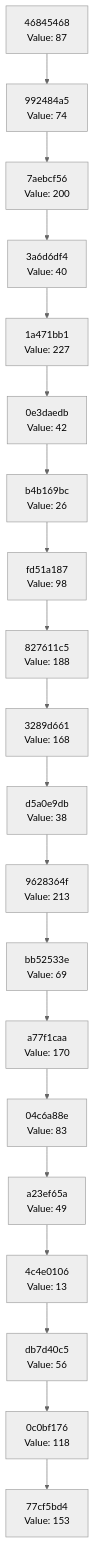
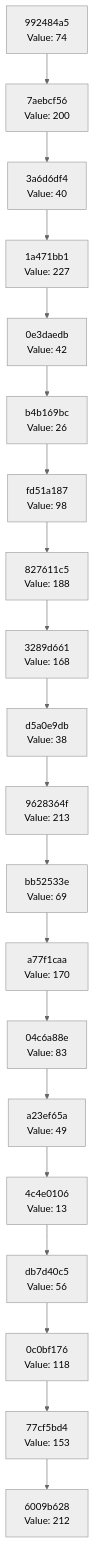
One commit to Abhisheksinha1506/hash-chain-evolver changed the diagram in docs/CHAIN_VISUALIZATION.md. Above: the diagram before and after it, drawn with Mermaid (neutral theme). The commit also changed 3 other files, not shown here.

````diff
--- a/docs/CHAIN_VISUALIZATION.md
+++ b/docs/CHAIN_VISUALIZATION.md
@@ -3,42 +3,42 @@
 ```mermaid
 graph TD
-    C0["77cf5bd4<br/>Value: 153"]
-    C1["0c0bf176<br/>Value: 118"]
+    C0["6009b628<br/>Value: 212"]
+    C1["77cf5bd4<br/>Value: 153"]
     C1 --> C0
-    C2["db7d40c5<br/>Value: 56"]
+    C2["0c0bf176<br/>Value: 118"]
     C2 --> C1
-    C3["4c4e0106<br/>Value: 13"]
+    C3["db7d40c5<br/>Value: 56"]
     C3 --> C2
-    C4["a23ef65a<br/>Value: 49"]
+    C4["4c4e0106<br/>Value: 13"]
     C4 --> C3
-    C5["04c6a88e<br/>Value: 83"]
+    C5["a23ef65a<br/>Value: 49"]
     C5 --> C4
-    C6["a77f1caa<br/>Value: 170"]
+    C6["04c6a88e<br/>Value: 83"]
     C6 --> C5
-    C7["bb52533e<br/>Value: 69"]
+    C7["a77f1caa<br/>Value: 170"]
     C7 --> C6
-    C8["9628364f<br/>Value: 213"]
+    C8["bb52533e<br/>Value: 69"]
     C8 --> C7
-    C9["d5a0e9db<br/>Value: 38"]
+    C9["9628364f<br/>Value: 213"]
     C9 --> C8
-    C10["3289d661<br/>Value: 168"]
+    C10["d5a0e9db<br/>Value: 38"]
     C10 --> C9
-    C11["827611c5<br/>Value: 188"]
+    C11["3289d661<br/>Value: 168"]
     C11 --> C10
-    C12["fd51a187<br/>Value: 98"]
+    C12["827611c5<br/>Value: 188"]
     C12 --> C11
-    C13["b4b169bc<br/>Value: 26"]
+    C13["fd51a187<br/>Value: 98"]
     C13 --> C12
-    C14["0e3daedb<br/>Value: 42"]
+    C14["b4b169bc<br/>Value: 26"]
     C14 --> C13
-    C15["1a471bb1<br/>Value: 227"]
+    C15["0e3daedb<br/>Value: 42"]
     C15 --> C14
-    C16["3a6d6df4<br/>Value: 40"]
+    C16["1a471bb1<br/>Value: 227"]
     C16 --> C15
-    C17["7aebcf56<br/>Value: 200"]
+    C17["3a6d6df4<br/>Value: 40"]
     C17 --> C16
-    C18["992484a5<br/>Value: 74"]
+    C18["7aebcf56<br/>Value: 200"]
     C18 --> C17
-    C19["46845468<br/>Value: 87"]
+    C19["992484a5<br/>Value: 74"]
     C19 --> C18
 ```
````
